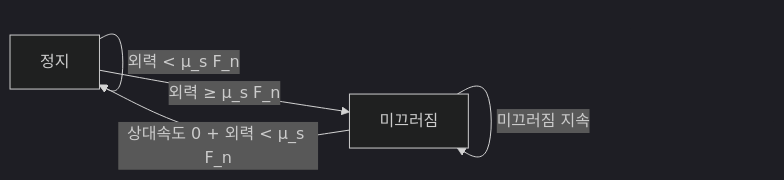
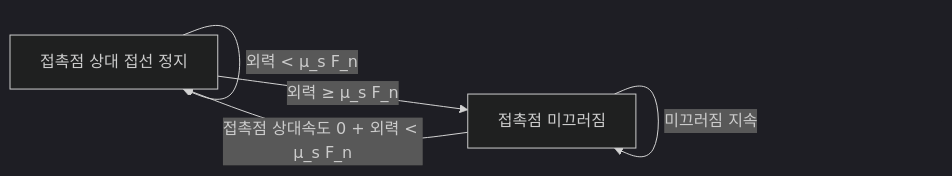
The second of 7 diagrams in physics/part09_friction_restitution.md (Rein-ArXiv/game-dev-curriculum), drawn with Mermaid (dark theme) before and after one commit. The commit also changed other lines of this file and 279 other files, not shown here.

````diff
--- a/physics/part09_friction_restitution.md
+++ b/physics/part09_friction_restitution.md
@@ -107,7 +107,7 @@
 ```mermaid
 flowchart LR
-    Stop[정지] -->|외력 < μ_s F_n| Stop
-    Stop -->|외력 ≥ μ_s F_n| Move[미끄러짐]
-    Move -->|상대속도 0 + 외력 < μ_s F_n| Stop
+    Stop[접촉점 상대 접선 정지] -->|외력 < μ_s F_n| Stop
+    Stop -->|외력 ≥ μ_s F_n| Move[접촉점 미끄러짐]
+    Move -->|접촉점 상대속도 0 + 외력 < μ_s F_n| Stop
     Move -->|미끄러짐 지속| Move
 ```
````
